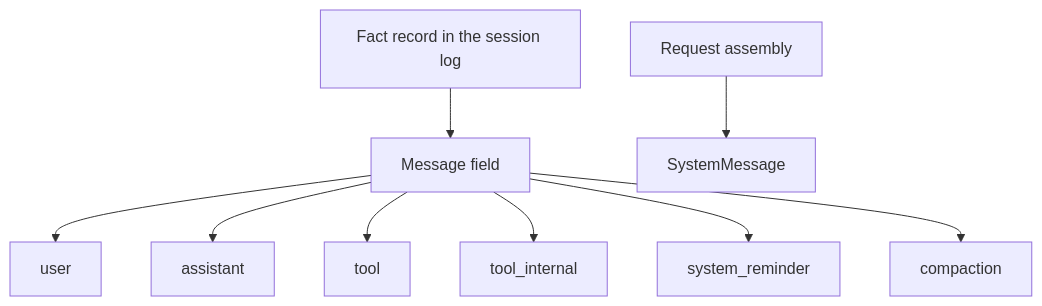
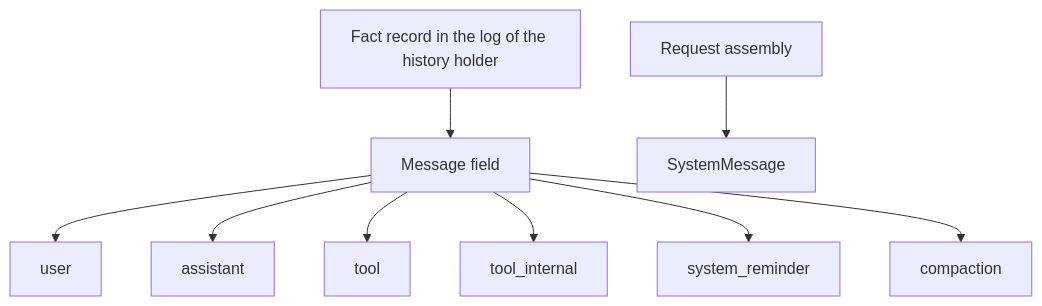
The diagram in packages/common/message/README.md (nemori-ai/omne-harness-lite), drawn with Mermaid before and after one commit. The commit also changed other lines of this file and 71 other files, not shown here.

````diff
--- a/packages/common/message/README.md
+++ b/packages/common/message/README.md
@@ -60,11 +60,11 @@
 ```mermaid
 flowchart TD
-  fact["Fact record in the session log"] --> field["Message field"]
+  fact["Fact record in the log of the history holder"] --> field["Message field"]
   field --> user["user"]
   field --> assistant["assistant"]
   field --> tool["tool"]
   field --> internal["tool_internal"]
   field --> reminder["system_reminder"]
   field --> compaction["compaction"]
   assembly["Request assembly"] --> system["SystemMessage"]
 ```
````
